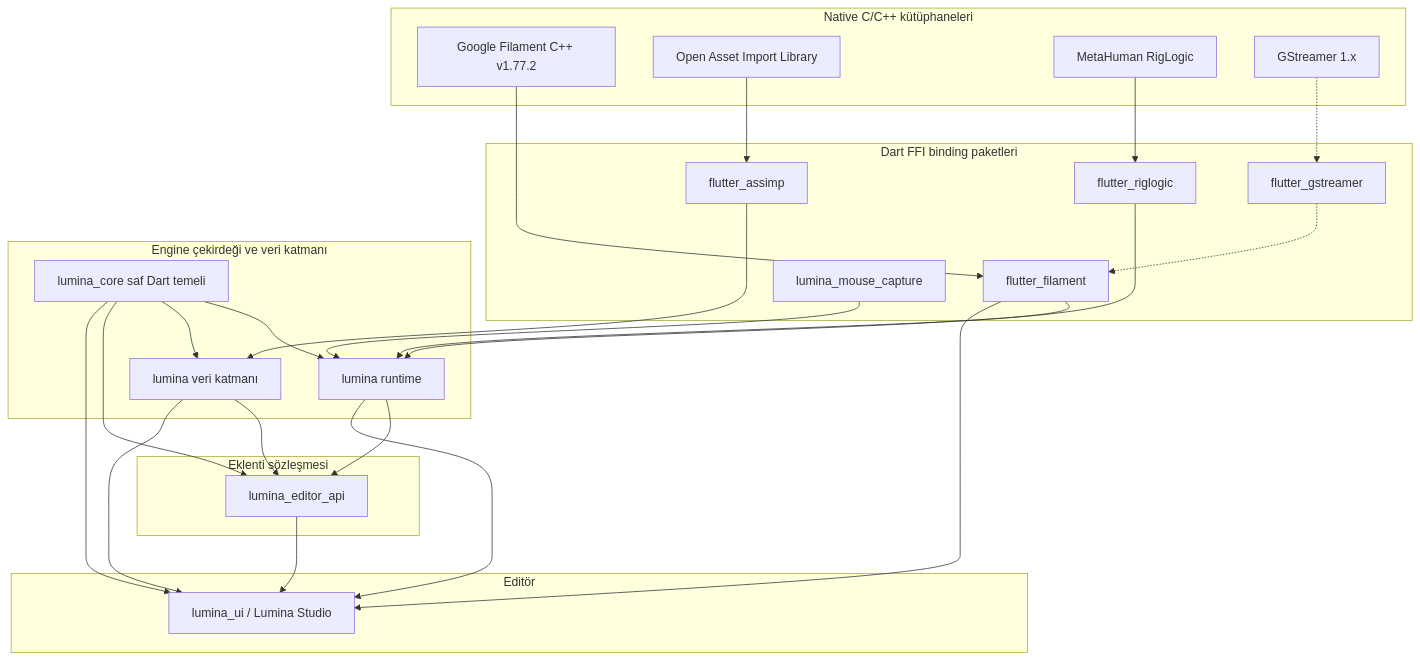
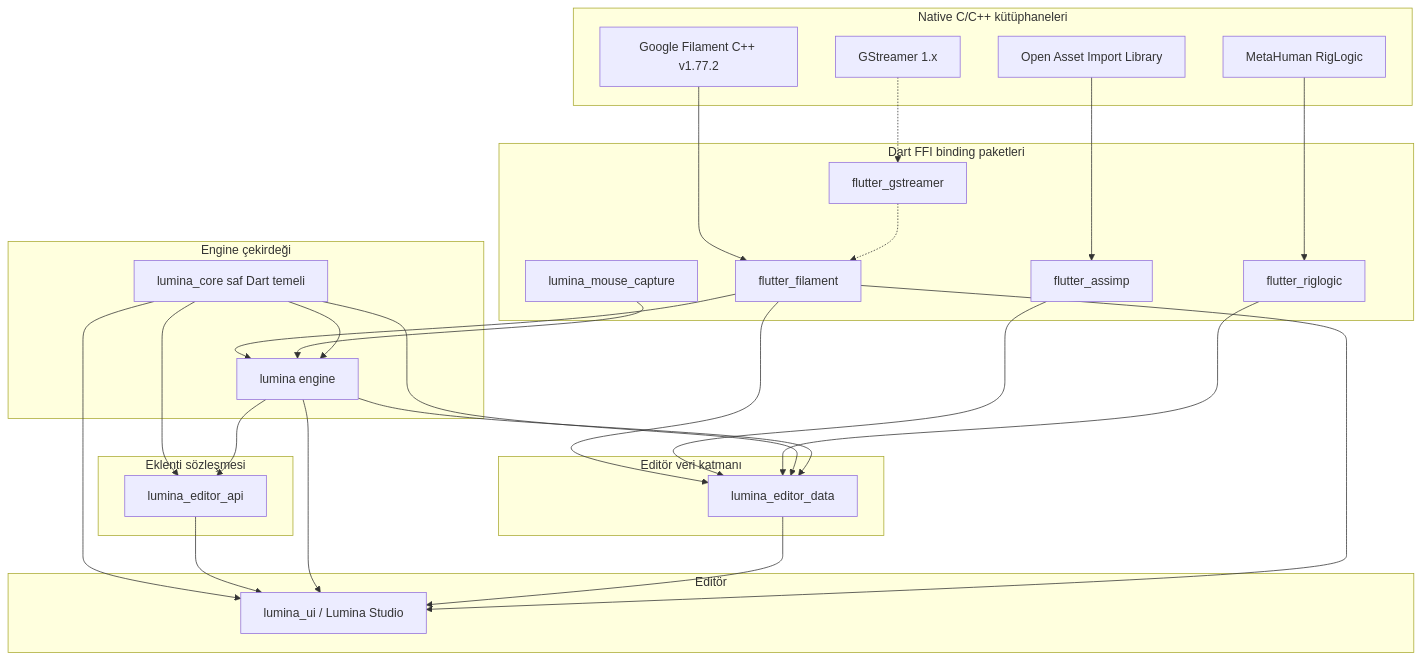
Before and after one commit to LuminaGame/lumina: the diagram in docs/tr/overview/layers.md, drawn with Mermaid. The commit also changed other lines of this file and 41 other files, not shown here.

First line of the commit message:
docs(packages): lumina_editor_data pages (en, tr)

````diff
--- a/docs/tr/overview/layers.md
+++ b/docs/tr/overview/layers.md
@@ -11,54 +11,58 @@
 ```mermaid
 graph TD
     subgraph C_Level [Native C/C++ kütüphaneleri]
         FilamentCPP[Google Filament C++ v1.77.2]
         AssimpCPP[Open Asset Import Library]
         RigLogicCPP[MetaHuman RigLogic]
         GStreamerC[GStreamer 1.x]
     end
 
     subgraph FFI_Level [Dart FFI binding paketleri]
         FlutterFilament[flutter_filament]
         FlutterAssimp[flutter_assimp]
         FlutterRiglogic[flutter_riglogic]
         FlutterGStreamer[flutter_gstreamer]
         MouseCapture[lumina_mouse_capture]
     end
 
-    subgraph Core_Level [Engine çekirdeği ve veri katmanı]
+    subgraph Core_Level [Engine çekirdeği]
         PureCore[lumina_core saf Dart temeli]
-        LuminaCore[lumina runtime]
-        LuminaData[lumina veri katmanı]
+        LuminaCore[lumina engine]
+    end
+
+    subgraph Data_Level [Editör veri katmanı]
+        LuminaData[lumina_editor_data]
     end
 
     subgraph Plugin_Level [Eklenti sözleşmesi]
         EditorAPI[lumina_editor_api]
     end
 
     subgraph Studio_Level [Editör]
         LuminaUI[lumina_ui / Lumina Studio]
     end
 
     FilamentCPP --> FlutterFilament
     AssimpCPP --> FlutterAssimp
     RigLogicCPP --> FlutterRiglogic
     GStreamerC -.-> FlutterGStreamer
 
     FlutterFilament --> LuminaCore
+    FlutterFilament --> LuminaData
     FlutterAssimp --> LuminaData
-    FlutterRiglogic --> LuminaCore
+    FlutterRiglogic --> LuminaData
     MouseCapture --> LuminaCore
     FlutterGStreamer -.-> FlutterFilament
 
     PureCore --> LuminaCore
     PureCore --> LuminaData
     PureCore --> EditorAPI
     PureCore --> LuminaUI
+    LuminaCore --> LuminaData
     LuminaCore --> EditorAPI
-    LuminaData --> EditorAPI
 
     EditorAPI --> LuminaUI
     LuminaCore --> LuminaUI
     LuminaData --> LuminaUI
     FlutterFilament --> LuminaUI
 ```
````
